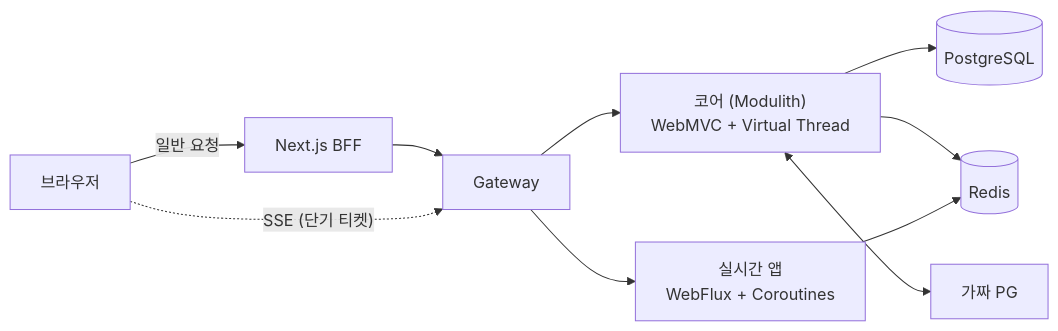
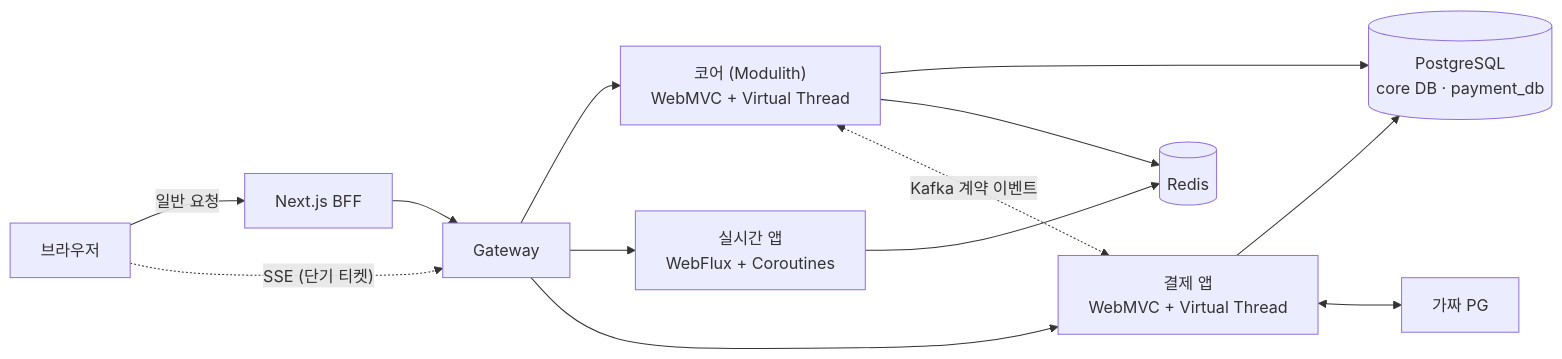
One commit to jkonury/ticketing changed the diagram in README.md. Above: the diagram before and after it, drawn with Mermaid. The commit also changed other lines of this file and 18 other files, not shown here.

````diff
--- a/README.md
+++ b/README.md
@@ -17,18 +17,22 @@
 ```mermaid
 flowchart LR
     B[브라우저]
     W[Next.js BFF]
     G[Gateway]
     C["코어 (Modulith)<br/>WebMVC + Virtual Thread"]
+    P["결제 앱<br/>WebMVC + Virtual Thread"]
     R["실시간 앱<br/>WebFlux + Coroutines"]
     PG[가짜 PG]
-    DB[(PostgreSQL)]
+    DB[("PostgreSQL<br/>core DB · payment_db")]
     RD[(Redis)]
 
     B -- 일반 요청 --> W --> G --> C
     B -. "SSE (단기 티켓)" .-> G --> R
+    G --> P
     C --> DB
     C --> RD
+    C <-. "Kafka 계약 이벤트" .-> P
+    P --> DB
     R --> RD
-    C <--> PG
+    P <--> PG
 ```
````
